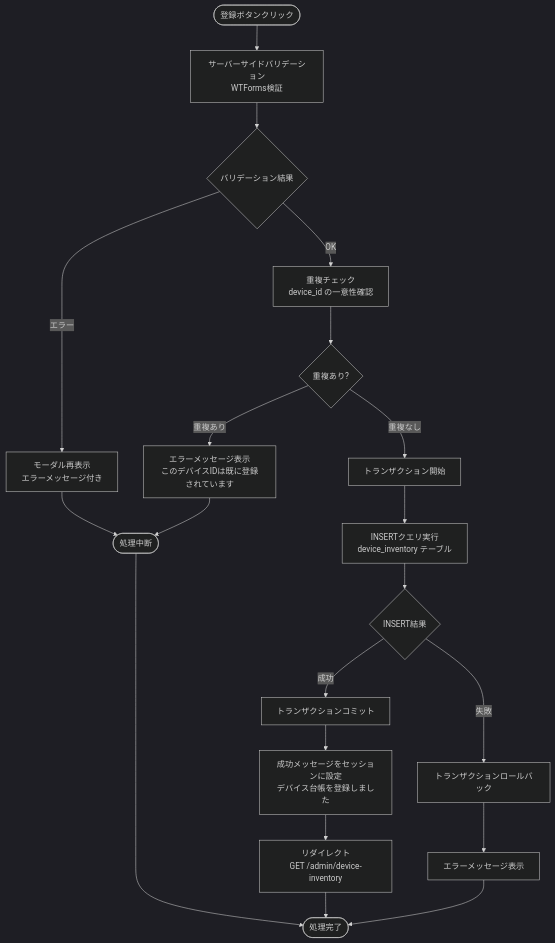
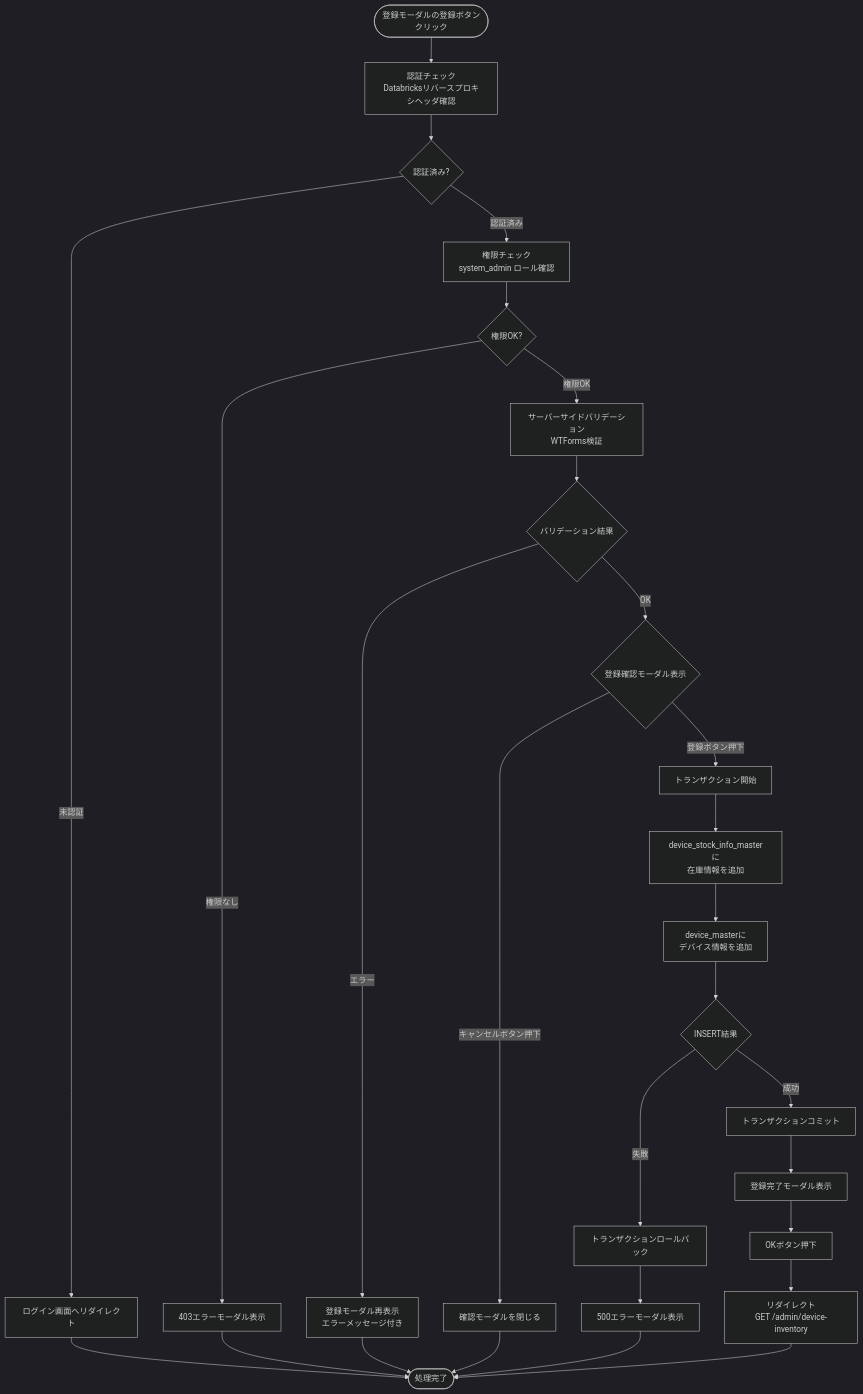
Before and after one commit to NSW-SVCP-AIWG002/Databricks-IoT: the fourth of 9 diagrams in docs/03-features/flask-app/device-inventory/workflow-specification.md, drawn with Mermaid (dark theme). The commit also changed other lines of this file and 4 other files, not shown here.

````diff
--- a/docs/03-features/flask-app/device-inventory/workflow-specification.md
+++ b/docs/03-features/flask-app/device-inventory/workflow-specification.md
@@ -383,29 +479,38 @@
 ```mermaid
 flowchart TD
-    Start([登録ボタンクリック]) --> Validate[サーバーサイドバリデーション<br>WTForms検証]
+    Start([登録モーダルの登録ボタン<br>クリック]) --> Auth[認証チェック<br>Databricksリバースプロキシヘッダ確認]
+    Auth --> CheckAuth{認証済み?}
+    CheckAuth -->|未認証| Error401[ログイン画面へリダイレクト]
+    Error401 --> End([処理完了])
+
+    CheckAuth -->|認証済み| Permission[権限チェック<br>system_admin ロール確認]
+    Permission --> CheckPerm{権限OK?}
+    CheckPerm -->|権限なし| Error403[403エラーモーダル表示]
+    Error403 --> End
+
+    CheckPerm -->|権限OK| Validate[サーバーサイドバリデーション<br>WTForms検証]
     Validate --> ValidCheck{バリデーション結果}
 
-    ValidCheck -->|エラー| ValidError[モーダル再表示<br>エラーメッセージ付き]
-    ValidError --> ValidEnd([処理中断])
+    ValidCheck -->|エラー| ValidError[登録モーダル再表示<br>エラーメッセージ付き]
+    ValidError --> End
 
-    ValidCheck -->|OK| DupCheck[重複チェック<br>device_id の一意性確認]
-    DupCheck --> DupResult{重複あり?}
+    ValidCheck -->|OK| OpenModal{登録確認モーダル表示}
 
-    DupResult -->|重複あり| DupError[エラーメッセージ表示<br>このデバイスIDは既に登録されています]
-    DupError --> ValidEnd
+    OpenModal -->|キャンセルボタン押下| CloseModal[確認モーダルを閉じる]
+    CloseModal --> End
 
-    DupResult -->|重複なし| BeginTx[トランザクション開始]
-    BeginTx --> Insert[INSERTクエリ実行<br>device_inventory テーブル]
-    Insert --> InsertResult{INSERT結果}
+    OpenModal -->|登録ボタン押下| BeginTx[トランザクション開始]
+    BeginTx --> InsertStock[device_stock_info_masterに<br>在庫情報を追加]
+    InsertStock --> InsertDevice[device_masterに<br>デバイス情報を追加]
+    InsertDevice --> InsertResult{INSERT結果}
+
+    InsertResult -->|失敗| Rollback[トランザクションロールバック]
+    Rollback --> Error500[500エラーモーダル表示]
+    Error500 --> End
 
     InsertResult -->|成功| Commit[トランザクションコミット]
-    Commit --> Flash[成功メッセージをセッションに設定<br>デバイス台帳を登録しました]
-    Flash --> Redirect[リダイレクト<br>GET /admin/device-inventory]
-
-    InsertResult -->|失敗| Rollback[トランザクションロールバック]
-    Rollback --> Error500[エラーメッセージ表示]
-
-    ValidEnd --> End([処理完了])
+    Commit --> ShowComplete[登録完了モーダル表示]
+    ShowComplete --> UserOK[OKボタン押下]
+    UserOK --> Redirect[リダイレクト<br>GET /admin/device-inventory]
     Redirect --> End
-    Error500 --> End
 ```
````
